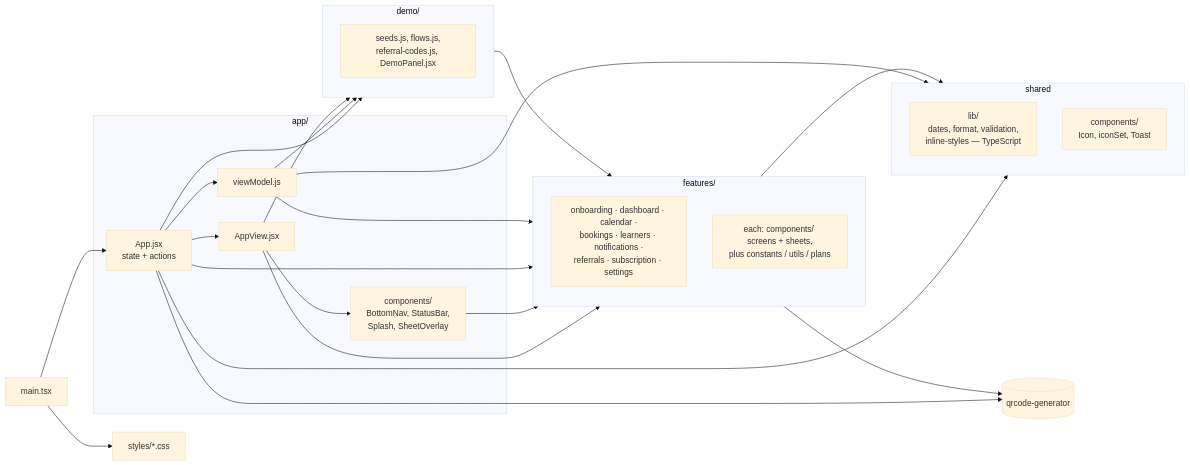
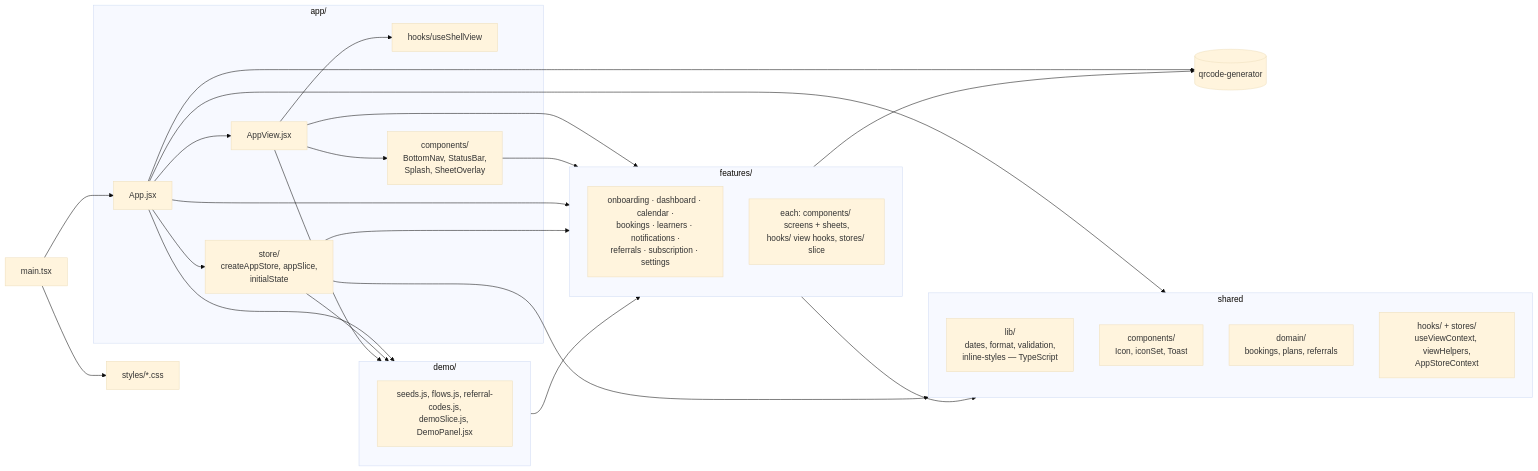
One commit to snehashisp/nexdrive changed the fifth of 5 diagrams in docs/internal/component-diagram.md. Above: the diagram before and after it, drawn with Mermaid (base theme). The commit also changed other lines of this file and 102 other files, not shown here.

First line of the commit message:
Replace the shared view-model object with per-screen view hooks

````diff
--- a/docs/internal/component-diagram.md
+++ b/docs/internal/component-diagram.md
@@ -148,39 +145,42 @@
 ```mermaid
 flowchart LR
   MAIN[main.tsx] --> APP
   MAIN --> CSS[styles/*.css]
 
   subgraph APPL[app/]
-    APP[App.jsx<br/>state + actions] --> VIEW[AppView.jsx]
-    APP --> VM[viewModel.js]
+    APP[App.jsx] --> VIEW[AppView.jsx]
+    APP --> STOREM[store/<br/>createAppStore, appSlice,<br/>initialState]
+    VIEW --> SHV[hooks/useShellView]
     VIEW --> SHELL[components/<br/>BottomNav, StatusBar,<br/>Splash, SheetOverlay]
   end
 
   subgraph FEAT[features/]
     F1[onboarding · dashboard · calendar ·<br/>bookings · learners · notifications ·<br/>referrals · subscription · settings]
-    FC[each: components/ screens + sheets,<br/>plus constants / utils / plans]
+    FC[each: components/ screens + sheets,<br/>hooks/ view hooks, stores/ slice]
   end
 
   subgraph DEMO[demo/]
-    SEEDS[seeds.js, flows.js,<br/>referral-codes.js, DemoPanel.jsx]
+    SEEDS[seeds.js, flows.js, referral-codes.js,<br/>demoSlice.js, DemoPanel.jsx]
   end
 
   subgraph SHARED[shared]
     LIB[lib/<br/>dates, format, validation,<br/>inline-styles — TypeScript]
     COMP[components/<br/>Icon, iconSet, Toast]
+    DOM[domain/<br/>bookings, plans, referrals]
+    HK[hooks/ + stores/<br/>useViewContext, viewHelpers,<br/>AppStoreContext]
   end
 
   VIEW --> FEAT
   SHELL --> FEAT
   APP --> FEAT
-  VM --> FEAT
+  STOREM --> FEAT
   APP --> DEMO
-  VM --> DEMO
+  STOREM --> DEMO
   VIEW --> DEMO
   APP --> SHARED
-  VM --> SHARED
+  STOREM --> SHARED
   FEAT --> SHARED
   DEMO --> FEAT
   APP --> QRLIB[(qrcode-generator)]
   FEAT --> QRLIB
 ```
````
